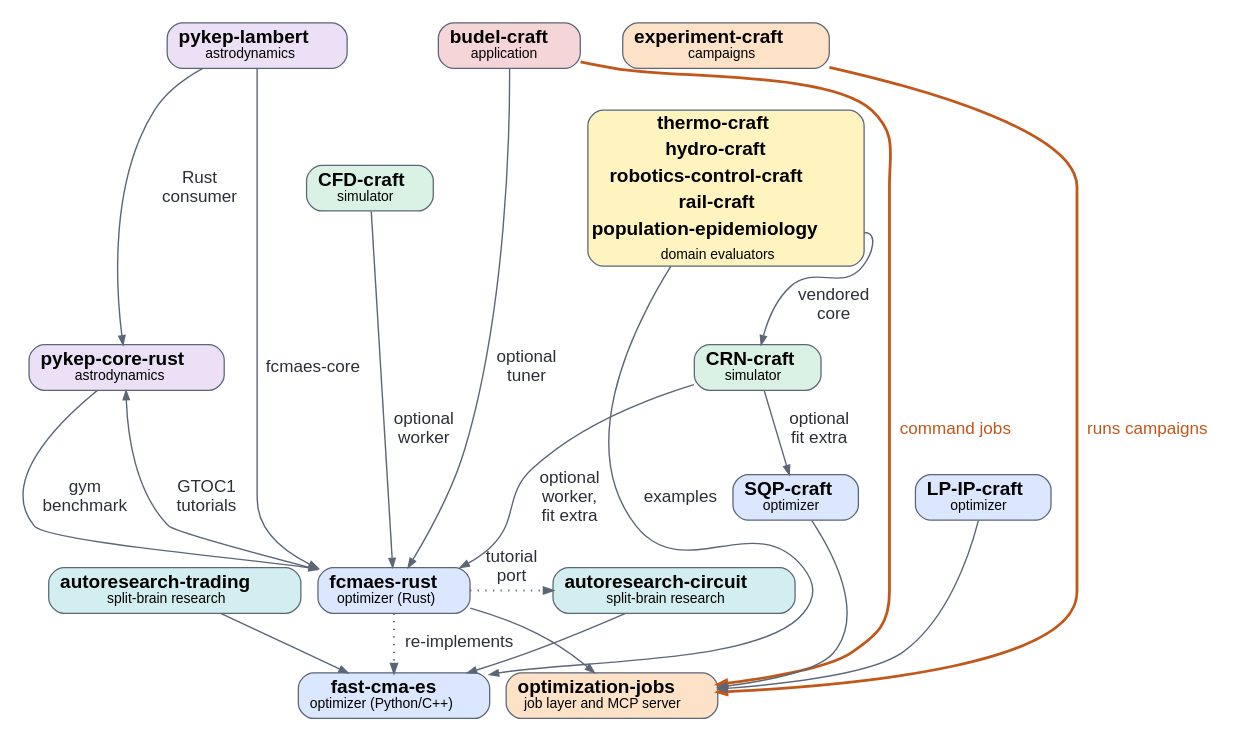
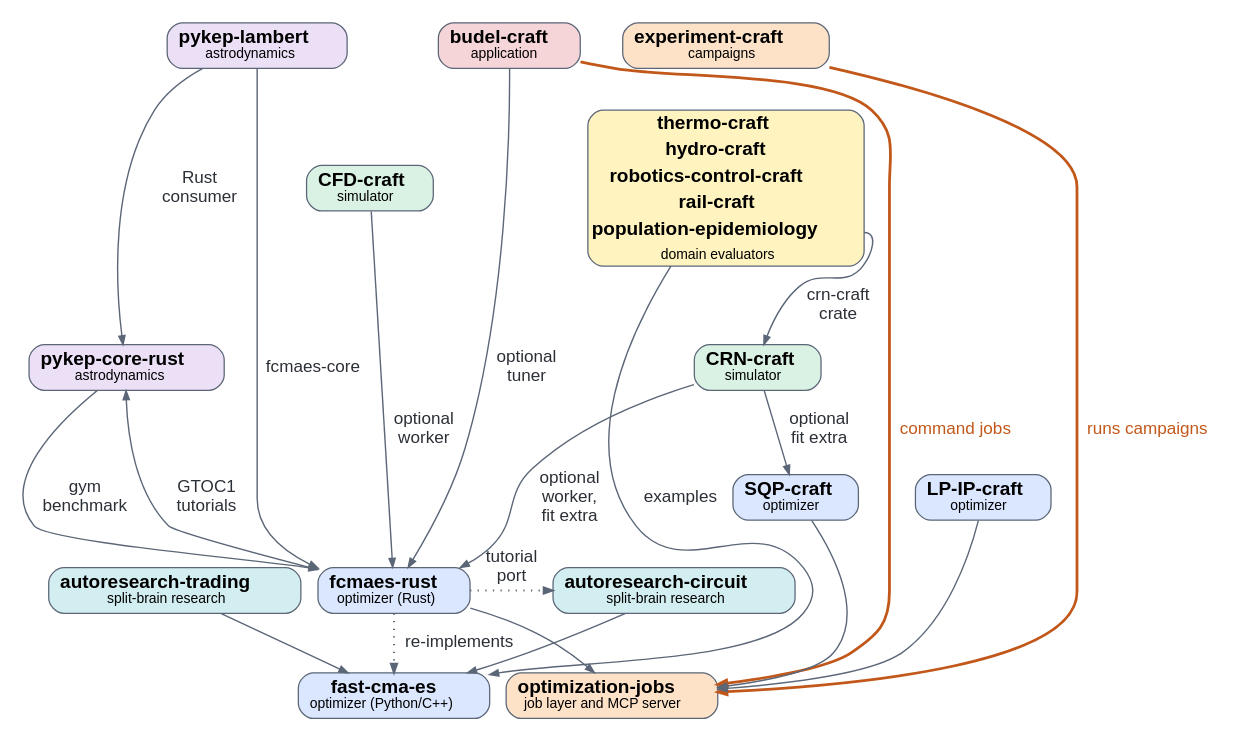
The diagram in docs/images/repositories.dot (dietmarwo/fcmaes-rust), drawn with Graphviz before and after one commit. The commit also changed 2 other files, not shown here.

Commit message:
docs: label population-epidemiology's CRN-craft edge as the crate
Claude-Session: https://claude.ai/code/session_01Sh6qH33kJz9A7ASFZcT5o4

```diff
--- a/docs/images/repositories.dot
+++ b/docs/images/repositories.dot
@@ -1,69 +1,69 @@
 digraph repos {
   graph [rankdir=TB, nodesep=0.18, ranksep=0.45, pad=0.15, bgcolor="white", fontname="Helvetica", newrank=true];
   node  [shape=box, style="rounded,filled", fontname="Helvetica", fontsize=15, color="#5b6677", penwidth=1, margin="0.13,0.06"];
   edge  [fontname="Helvetica", fontsize=13.5, color="#5b6677", fontcolor="#2b2f36", arrowsize=0.7, penwidth=1.1];
 
   // users and applications
   EC   [fillcolor="#fde2c8", label=<<b>experiment-craft</b><br/><font point-size="11">campaigns</font>>];
   BUD  [fillcolor="#f6d5d8", label=<<b>budel-craft</b><br/><font point-size="11">application</font>>];
   PL   [fillcolor="#ece0f7", label=<<b>pykep-lambert</b><br/><font point-size="11">astrodynamics</font>>];
   DOM  [shape=plain, style="", label=<
     <table border="1" cellborder="0" cellspacing="0" cellpadding="2" bgcolor="#fff3bf" color="#5b6677" style="rounded">
       <tr><td><b>thermo-craft</b></td></tr>
       <tr><td><b>hydro-craft</b></td></tr>
       <tr><td><b>robotics-control-craft</b></td></tr>
       <tr><td><b>rail-craft</b></td></tr>
       <tr><td port="pop"><b>population-epidemiology</b></td></tr>
       <tr><td><font point-size="11">domain evaluators</font></td></tr>
     </table>>];
 
   ART  [fillcolor="#d3eef0", label=<<b>autoresearch-trading</b><br/><font point-size="11">split-brain research</font>>];
   ARC  [fillcolor="#d3eef0", label=<<b>autoresearch-circuit</b><br/><font point-size="11">split-brain research</font>>];
   CRN  [fillcolor="#d9f2e3", label=<<b>CRN-craft</b><br/><font point-size="11">simulator</font>>];
   CFD  [fillcolor="#d9f2e3", label=<<b>CFD-craft</b><br/><font point-size="11">simulator</font>>];
 
   PK   [fillcolor="#ece0f7", label=<<b>pykep-core-rust</b><br/><font point-size="11">astrodynamics</font>>];
   SQP  [fillcolor="#dbe7ff", label=<<b>SQP-craft</b><br/><font point-size="11">optimizer</font>>];
   LPIP [fillcolor="#dbe7ff", label=<<b>LP-IP-craft</b><br/><font point-size="11">optimizer</font>>];
 
   FCR  [fillcolor="#dbe7ff", label=<<b>fcmaes-rust</b><br/><font point-size="11">optimizer (Rust)</font>>];
 
   FCE  [fillcolor="#dbe7ff", label=<<b>fast-cma-es</b><br/><font point-size="11">optimizer (Python/C++)</font>>];
   OJ   [fillcolor="#fde2c8", label=<<b>optimization-jobs</b><br/><font point-size="11">job layer and MCP server</font>>];
 
   { rank=same; EC; BUD; PL; }
   { rank=same; DOM; CFD; }
   { rank=same; CRN; PK; }
   { rank=same; SQP; LPIP; }
   { rank=same; FCR; ART; ARC; }
   { rank=same; OJ; FCE; }
 
   // invisible spine that fixes the row order
   EC -> DOM -> CRN -> SQP -> FCR -> OJ [style=invis, weight=4];
   PL -> CFD [style=invis];
 
   // code dependencies
   ART -> FCE;
   ARC -> FCE;
   DOM -> FCE  [label=" examples"];
-  DOM:pop -> CRN [label=" vendored\n core"];
+  DOM:pop -> CRN [label=" crn-craft\n crate"];
   PL  -> PK   [label=" Rust\n consumer"];
   PL  -> FCR  [label=" fcmaes-core"];
   BUD -> FCR  [label=" optional\n tuner"];
   CRN -> FCR  [label=" optional\n worker,\n fit extra"];
   CRN -> SQP  [label=" optional\n fit extra"];
   CFD -> FCR  [label=" optional\n worker"];
   PK  -> FCR  [label=" gym\n benchmark"];
   FCR -> PK   [label=" GTOC1\n tutorials"];
   FCR -> OJ;
   LPIP -> OJ;
   SQP -> OJ;
 
   // execution
   EC  -> OJ   [color="#c2571a", penwidth=2.2, fontcolor="#c2571a", label=" runs campaigns"];
   BUD -> OJ   [color="#c2571a", penwidth=2.2, fontcolor="#c2571a", label=" command jobs"];
 
   // provenance
   FCR -> FCE  [style=dotted, penwidth=1.6, label=" re-implements"];
   FCR -> ARC  [style=dotted, penwidth=1.6, label=" tutorial\n port"];
 }
```
